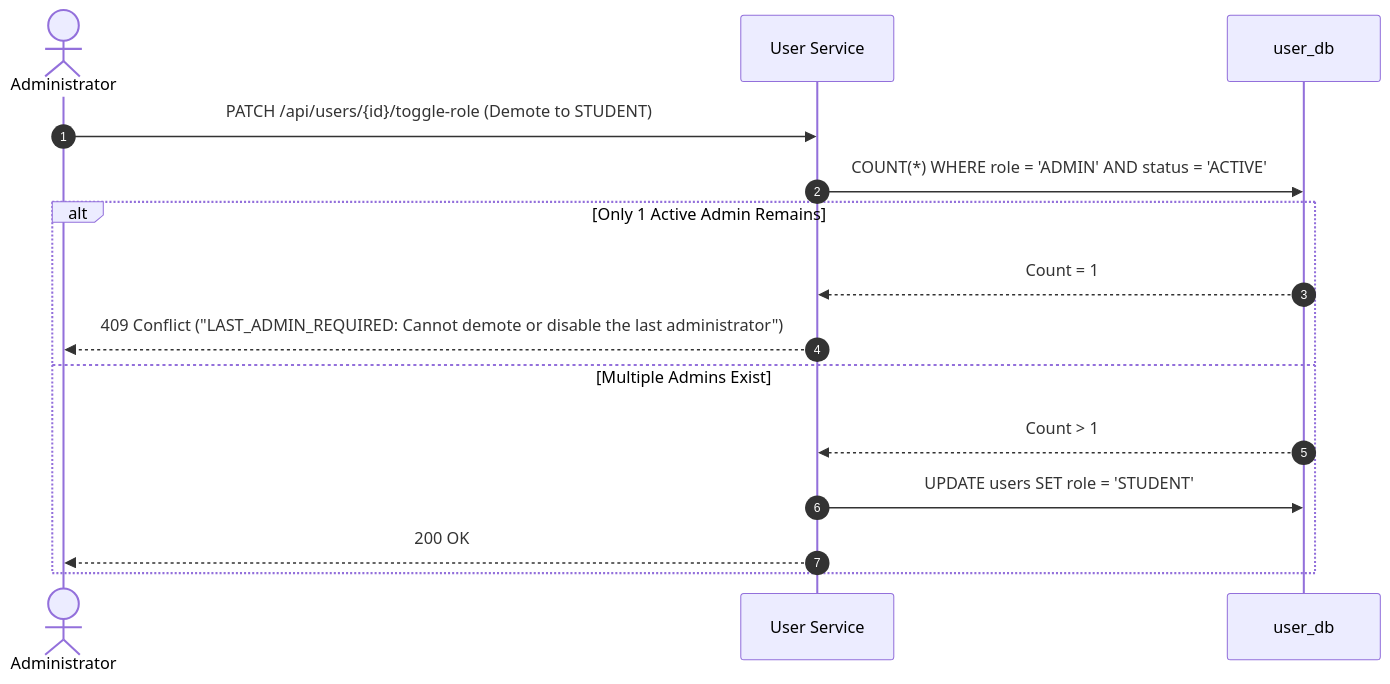
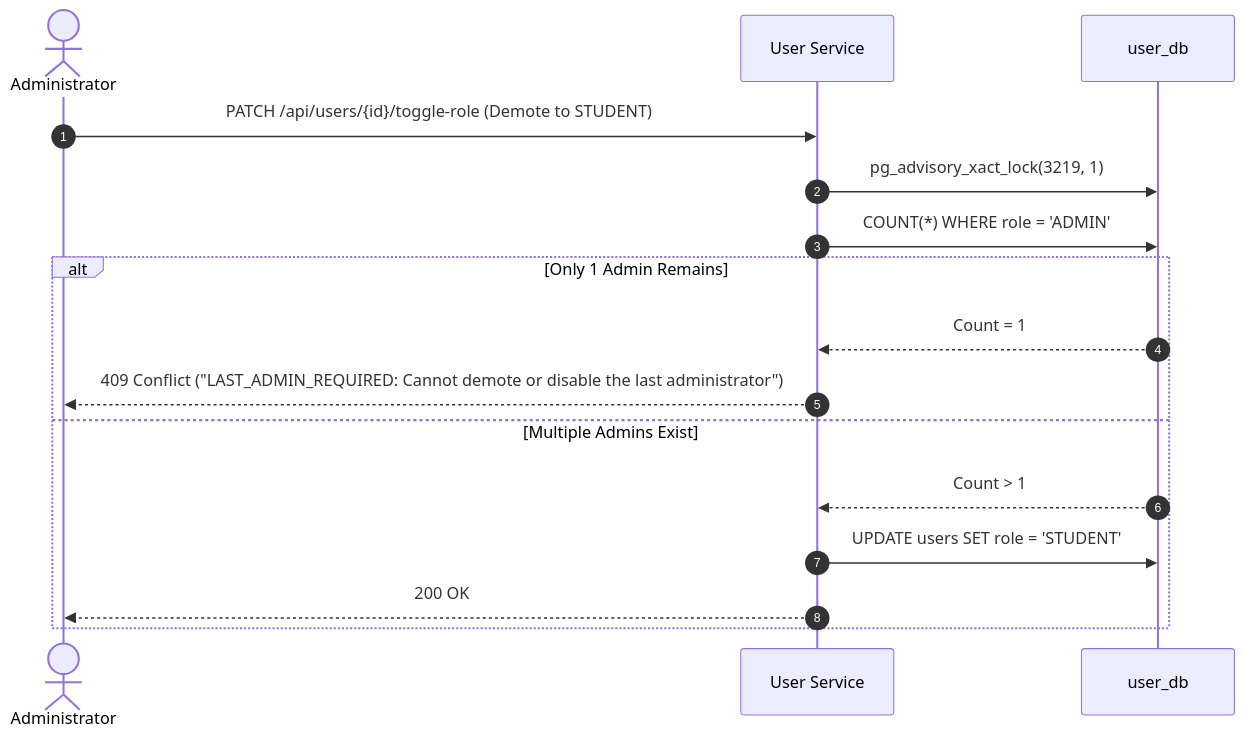
Before and after one commit to AY2627S1-CS3219-P25/friend-on-campus: the second of 2 diagrams in docs/security.md, drawn with Mermaid. The commit also changed other lines of this file and 7 other files, not shown here.

````diff
--- a/docs/security.md
+++ b/docs/security.md
@@ -110,18 +144,19 @@
 ```mermaid
 sequenceDiagram
   autonumber
   actor Admin as Administrator
   participant UserSvc as User Service
   participant DB as user_db
 
   Admin->>UserSvc: PATCH /api/users/{id}/toggle-role (Demote to STUDENT)
-  UserSvc->>DB: COUNT(*) WHERE role = 'ADMIN' AND status = 'ACTIVE'
-  alt Only 1 Active Admin Remains
+  UserSvc->>DB: pg_advisory_xact_lock(3219, 1)
+  UserSvc->>DB: COUNT(*) WHERE role = 'ADMIN'
+  alt Only 1 Admin Remains
     DB-->>UserSvc: Count = 1
     UserSvc-->>Admin: 409 Conflict ("LAST_ADMIN_REQUIRED: Cannot demote or disable the last administrator")
   else Multiple Admins Exist
     DB-->>UserSvc: Count > 1
     UserSvc->>DB: UPDATE users SET role = 'STUDENT'
     UserSvc-->>Admin: 200 OK
   end
 ```
````
